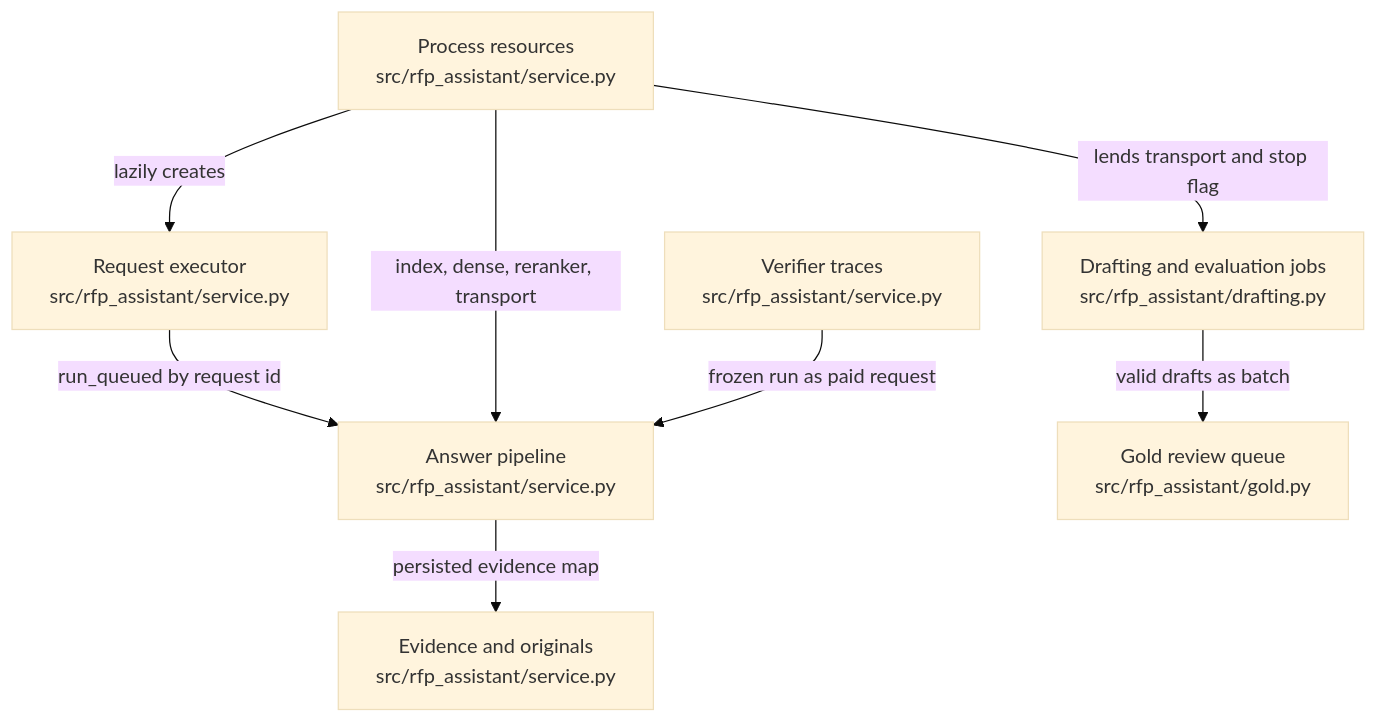
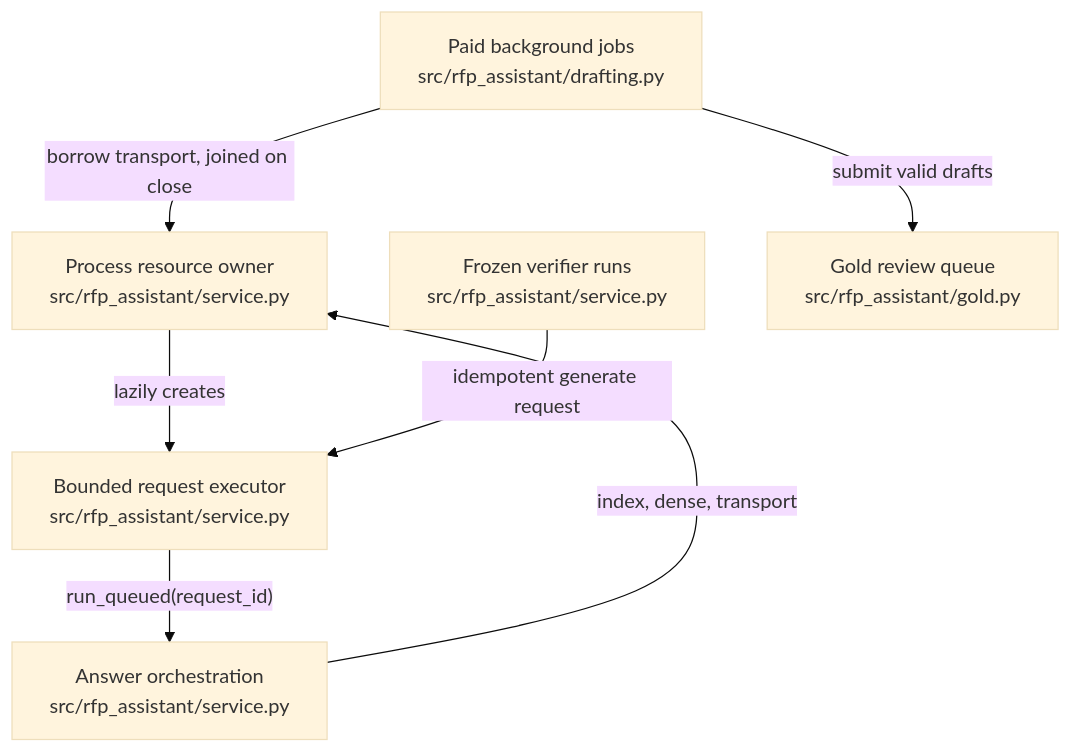
The diagram in .omm/overall-architecture/service-layer/diagram.mmd (littleeeeebit/project-codeit-mid), drawn with Mermaid (base theme) before and after one commit. The commit also changed 428 other files, not shown here.

```diff
--- a/.omm/overall-architecture/service-layer/diagram.mmd
+++ b/.omm/overall-architecture/service-layer/diagram.mmd
@@ -1,15 +1,13 @@
 graph TD
-  resources["Process resources\nsrc/rfp_assistant/service.py"]
-  request-runner["Request executor\nsrc/rfp_assistant/service.py"]
-  answer-pipeline["Answer pipeline\nsrc/rfp_assistant/service.py"]
-  verifier-runs["Verifier traces\nsrc/rfp_assistant/service.py"]
-  evidence-access["Evidence and originals\nsrc/rfp_assistant/service.py"]
-  background-jobs["Drafting and evaluation jobs\nsrc/rfp_assistant/drafting.py"]
-  gold-review["Gold review queue\nsrc/rfp_assistant/gold.py"]
-  resources -->|lazily creates| request-runner
-  request-runner -->|run_queued by request id| answer-pipeline
-  resources -->|index, dense, reranker, transport| answer-pipeline
-  verifier-runs -->|frozen run as paid request| answer-pipeline
-  answer-pipeline -->|persisted evidence map| evidence-access
-  resources -->|lends transport and stop flag| background-jobs
-  background-jobs -->|valid drafts as batch| gold-review
+  resources["Process resource owner\nsrc/rfp_assistant/service.py"]
+  request_runner["Bounded request executor\nsrc/rfp_assistant/service.py"]
+  answer_orchestrator["Answer orchestration\nsrc/rfp_assistant/service.py"]
+  verifier_runs["Frozen verifier runs\nsrc/rfp_assistant/service.py"]
+  background_jobs["Paid background jobs\nsrc/rfp_assistant/drafting.py"]
+  gold_review["Gold review queue\nsrc/rfp_assistant/gold.py"]
+  resources -->|"lazily creates"| request_runner
+  request_runner -->|"run_queued(request_id)"| answer_orchestrator
+  answer_orchestrator -->|"index, dense, transport"| resources
+  verifier_runs -->|"idempotent generate request"| request_runner
+  background_jobs -->|"borrow transport, joined on close"| resources
+  background_jobs -->|"submit valid drafts"| gold_review
```
